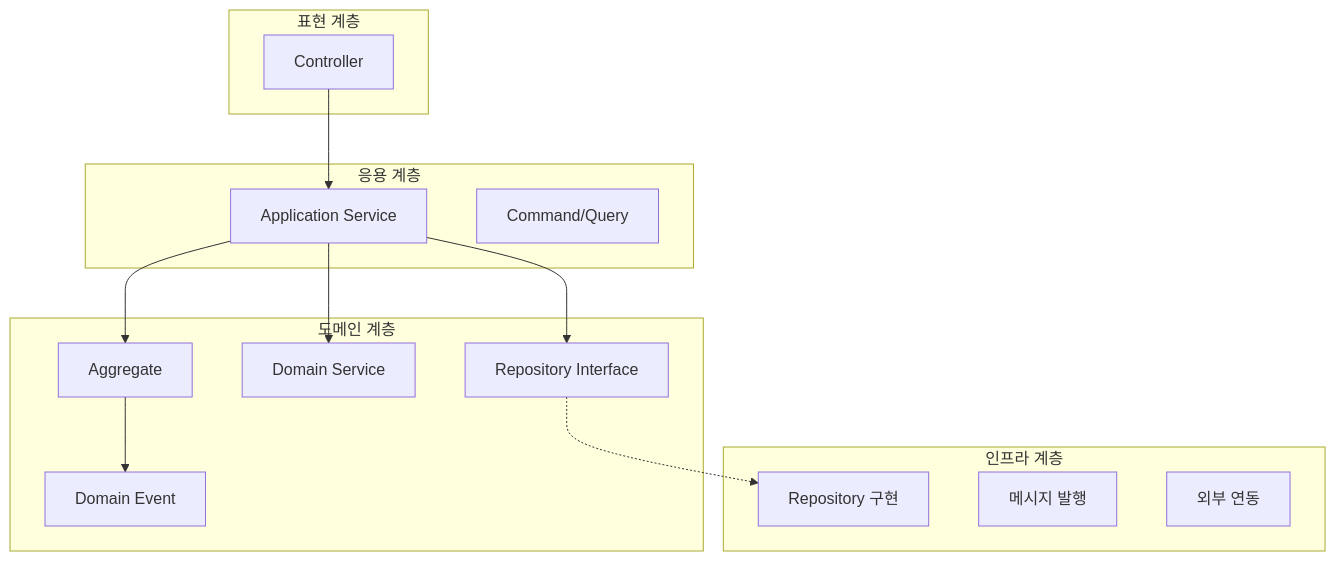
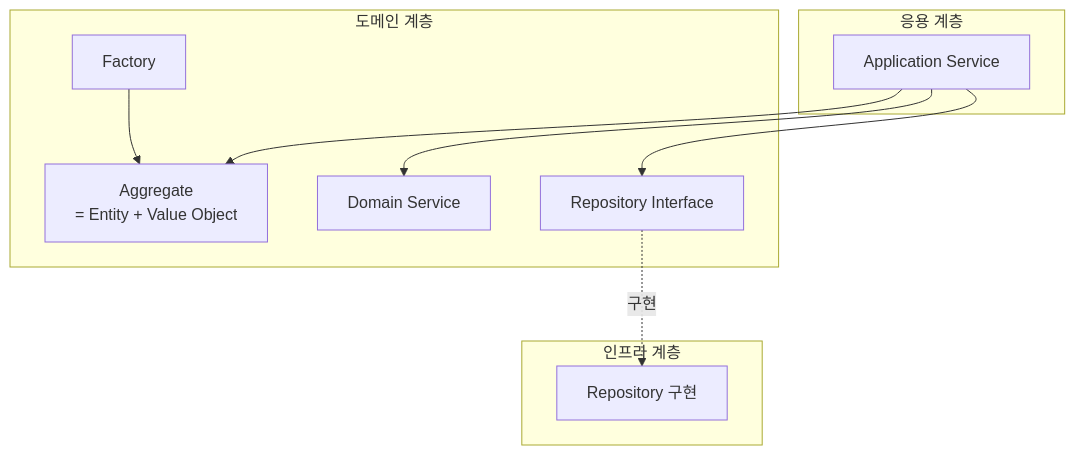
One commit to advanced-beginner/advanced-beginner.github.io changed the seventh of 7 diagrams in content/ko/docs/ddd/concepts/tactical-design.md. Above: the diagram before and after it, drawn with Mermaid. The commit also changed other lines of this file and 2 other files, not shown here.

````diff
--- a/content/ko/docs/ddd/concepts/tactical-design.md
+++ b/content/ko/docs/ddd/concepts/tactical-design.md
@@ -615,31 +615,23 @@
 ```mermaid
 flowchart TB
-    subgraph Presentation["표현 계층"]
-        CTRL[Controller]
-    end
-
     subgraph Application["응용 계층"]
         AS[Application Service]
-        CMD[Command/Query]
     end
 
     subgraph Domain["도메인 계층"]
-        AGG[Aggregate]
+        AGG[Aggregate<br>= Entity + Value Object]
         DS[Domain Service]
         REPO_IF[Repository Interface]
-        EVT[Domain Event]
+        FACT[Factory]
     end
 
     subgraph Infrastructure["인프라 계층"]
         REPO_IMPL[Repository 구현]
-        MSG[메시지 발행]
-        EXT[외부 연동]
     end
 
-    CTRL --> AS
     AS --> AGG
     AS --> DS
     AS --> REPO_IF
-    REPO_IF -.-> REPO_IMPL
-    AGG --> EVT
+    REPO_IF -.->|구현| REPO_IMPL
+    FACT --> AGG
 ```
````
